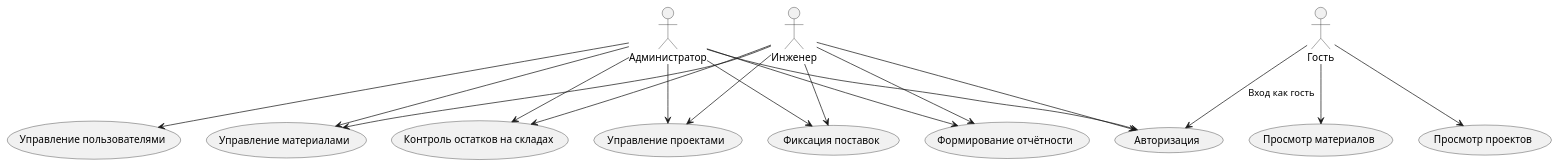
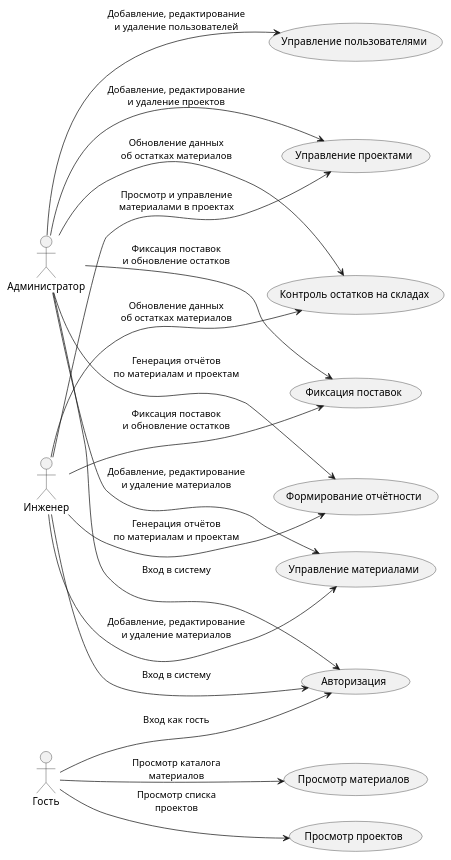
The diagram in README.md (koreevmi/UP01), drawn with PlantUML before and after one commit.

```diff
--- a/README.md
+++ b/README.md
@@ -1,36 +1,44 @@
 @startuml
 
-actor Администратор
-actor Инженер
-actor Гость
+' Направление диаграммы: актёры слева, варианты использования справа
+left to right direction
 
-usecase Авторизация
+' Определение актёров
+actor Администратор as Admin
+actor Инженер as Engineer
+actor Гость as Guest
+
+' Определение вариантов использования
+usecase "Авторизация" as Auth
 usecase "Управление пользователями" as UserManagement
 usecase "Управление материалами" as MaterialManagement
 usecase "Контроль остатков на складах" as StockControl
 usecase "Фиксация поставок" as SupplyFixation
 usecase "Формирование отчётности" as ReportGeneration
 usecase "Просмотр материалов" as ViewMaterials
 usecase "Просмотр проектов" as ViewProjects
 usecase "Управление проектами" as ProjectManagement
 
-Администратор --> Авторизация
-Администратор --> UserManagement
-Администратор --> MaterialManagement
-Администратор --> StockControl
-Администратор --> SupplyFixation
-Администратор --> ReportGeneration
-Администратор --> ProjectManagement
+' Связи для Администратора
+Admin --> Auth : "Вход в систему"
+Admin --> UserManagement : "Добавление, редактирование\nи удаление пользователей"
+Admin --> MaterialManagement : "Добавление, редактирование\nи удаление материалов"
+Admin --> StockControl : "Обновление данных\nоб остатках материалов"
+Admin --> SupplyFixation : "Фиксация поставок\nи обновление остатков"
+Admin --> ReportGeneration : "Генерация отчётов\nпо материалам и проектам"
+Admin --> ProjectManagement : "Добавление, редактирование\nи удаление проектов"
 
-Инженер --> Авторизация
-Инженер --> MaterialManagement
-Инженер --> StockControl
-Инженер --> SupplyFixation
-Инженер --> ReportGeneration
-Инженер --> ProjectManagement
+' Связи для Инженера
+Engineer --> Auth : "Вход в систему"
+Engineer --> MaterialManagement : "Добавление, редактирование\nи удаление материалов"
+Engineer --> StockControl : "Обновление данных\nоб остатках материалов"
+Engineer --> SupplyFixation : "Фиксация поставок\nи обновление остатков"
+Engineer --> ReportGeneration : "Генерация отчётов\nпо материалам и проектам"
+Engineer --> ProjectManagement : "Просмотр и управление\nматериалами в проектах"
 
-Гость --> Авторизация : "Вход как гость"
-Гость --> ViewMaterials
-Гость --> ViewProjects
+' Связи для Гостя
+Guest --> Auth : "Вход как гость"
+Guest --> ViewMaterials : "Просмотр каталога\nматериалов"
+Guest --> ViewProjects : "Просмотр списка\nпроектов"
 
 @enduml
```
